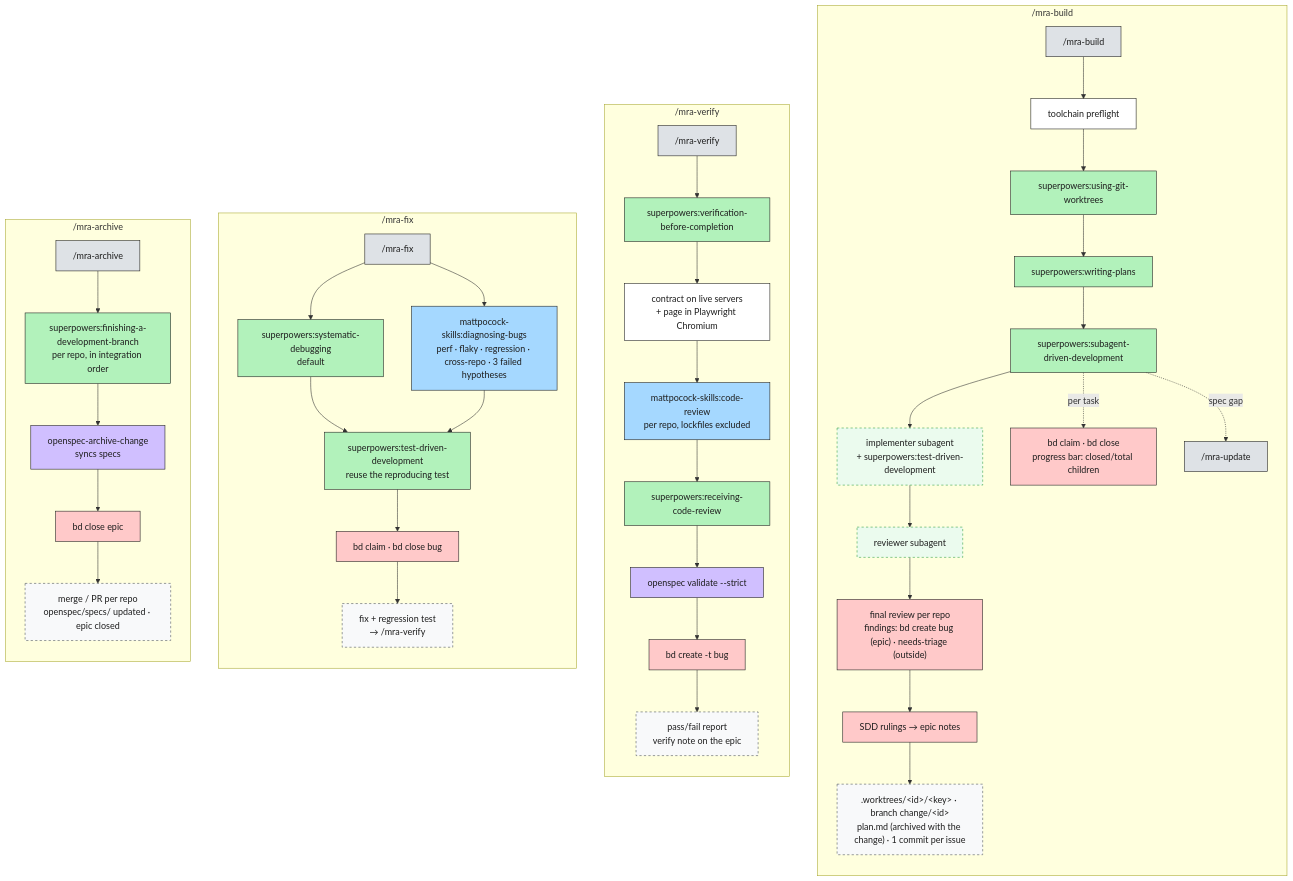
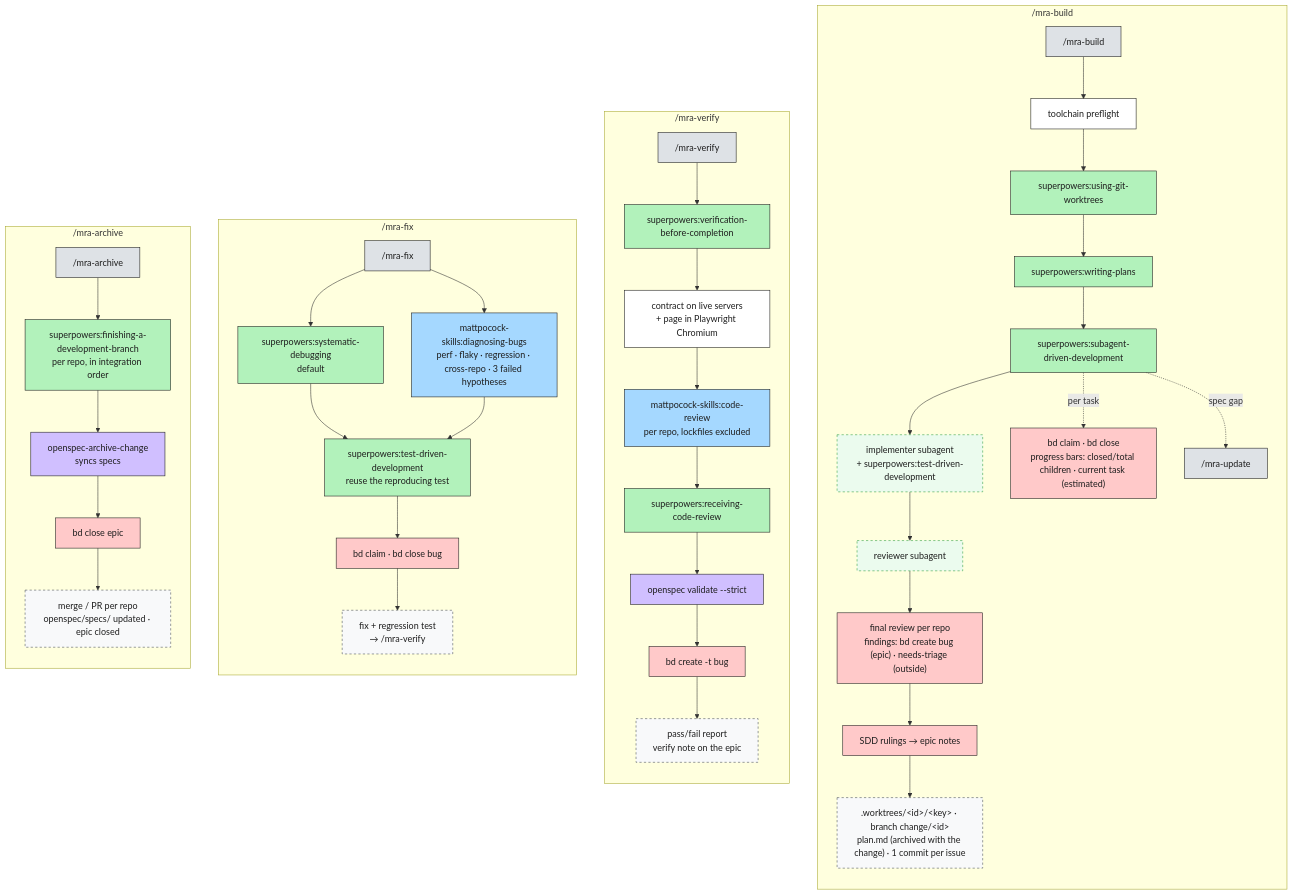
The third of 5 diagrams in payload/orchestrator/.mra-flow/docs/mra-flow.md (Ancora-Ancora/mra-flow), drawn with Mermaid before and after one commit. The commit also changed 5 other files, not shown here.

First line of the commit message:
Two progress bars in mra-build; fix bd create --parent with discovered-from; release 0.1.10

````diff
--- a/payload/orchestrator/.mra-flow/docs/mra-flow.md
+++ b/payload/orchestrator/.mra-flow/docs/mra-flow.md
@@ -106,52 +106,52 @@
 ```mermaid
 flowchart TB
     classDef phase fill:#dee2e6,stroke:#1e1e1e,color:#1e1e1e
     classDef mpwrap fill:#ffec99,stroke:#1e1e1e,color:#1e1e1e
     classDef sp fill:#b2f2bb,stroke:#1e1e1e,color:#1e1e1e
     classDef mp fill:#a5d8ff,stroke:#1e1e1e,color:#1e1e1e
     classDef os fill:#d0bfff,stroke:#1e1e1e,color:#1e1e1e
     classDef bd fill:#ffc9c9,stroke:#1e1e1e,color:#1e1e1e
     classDef art fill:#f8f9fa,stroke:#495057,stroke-dasharray:4 4,color:#1e1e1e
     classDef sub fill:#ebfbee,stroke:#2f9e44,stroke-dasharray:4 4,color:#1e1e1e
     classDef step fill:#ffffff,stroke:#1e1e1e,color:#1e1e1e
 
     subgraph BU["/mra-build"]
         direction TB
         bu["/mra-build"]:::phase --> bu0["toolchain preflight"]:::step
         bu0 --> bu1["superpowers:using-git-worktrees"]:::sp
         bu1 --> bu2["superpowers:writing-plans"]:::sp
         bu2 --> bu3["superpowers:subagent-driven-development"]:::sp
         bu3 --> bu4["implementer subagent<br/>+ superpowers:test-driven-development"]:::sub
         bu4 --> bu5["reviewer subagent"]:::sub
-        bu3 -. per task .-> bu6["bd claim · bd close<br/>progress bar: closed/total children"]:::bd
+        bu3 -. per task .-> bu6["bd claim · bd close<br/>progress bars: closed/total children · current task (estimated)"]:::bd
         bu3 -. spec gap .-> bu7["/mra-update"]:::phase
         bu5 --> bu8["final review per repo<br/>findings: bd create bug (epic) · needs-triage (outside)"]:::bd
         bu8 --> bu9["SDD rulings → epic notes"]:::bd
         bu9 --> buA[".worktrees/#lt;id#gt;/#lt;key#gt; · branch change/#lt;id#gt;<br/>plan.md (archived with the change) · 1 commit per issue"]:::art
     end
     subgraph VE["/mra-verify"]
         direction TB
         ve["/mra-verify"]:::phase --> ve1["superpowers:verification-before-completion"]:::sp
         ve1 --> ve6["contract on live servers<br/>+ page in Playwright Chromium"]:::step
         ve6 --> ve2["mattpocock-skills:code-review<br/>per repo, lockfiles excluded"]:::mp
         ve2 --> ve3["superpowers:receiving-code-review"]:::sp
         ve3 --> ve4["openspec validate --strict"]:::os
         ve4 --> ve5["bd create -t bug"]:::bd
         ve5 --> veA["pass/fail report<br/>verify note on the epic"]:::art
     end
     subgraph FX["/mra-fix"]
         direction TB
         fx["/mra-fix"]:::phase --> fx1["superpowers:systematic-debugging<br/>default"]:::sp
         fx --> fx2["mattpocock-skills:diagnosing-bugs<br/>perf · flaky · regression · cross-repo · 3 failed hypotheses"]:::mp
         fx1 & fx2 --> fx3["superpowers:test-driven-development<br/>reuse the reproducing test"]:::sp
         fx3 --> fx4["bd claim · bd close bug"]:::bd
         fx4 --> fxA["fix + regression test<br/>→ /mra-verify"]:::art
     end
     subgraph AR["/mra-archive"]
         direction TB
         ar["/mra-archive"]:::phase --> ar1["superpowers:finishing-a-development-branch<br/>per repo, in integration order"]:::sp
         ar1 --> ar2["openspec-archive-change<br/>syncs specs"]:::os
         ar2 --> ar3["bd close epic"]:::bd
         ar3 --> arA["merge / PR per repo<br/>openspec/specs/ updated · epic closed"]:::art
     end
 ```
````
